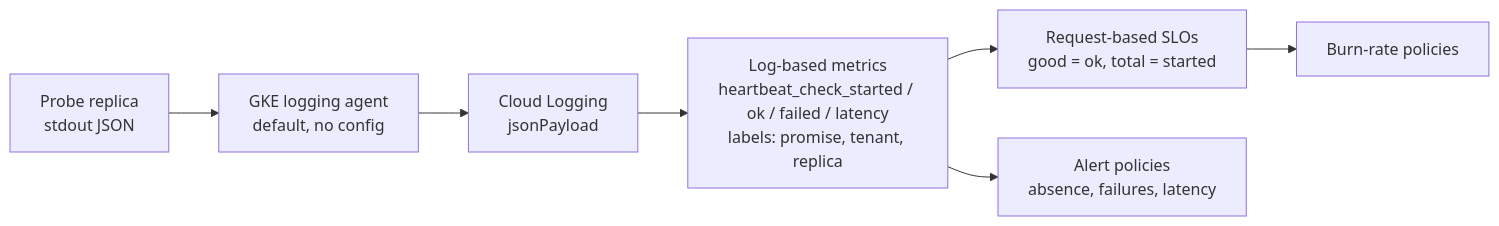
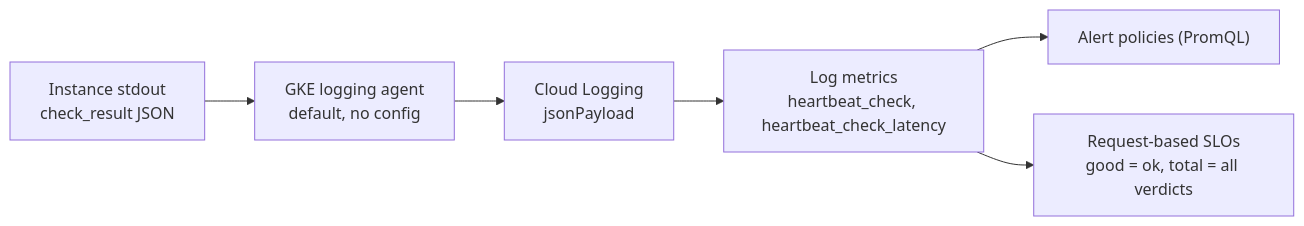
Before and after one commit to ileoliao/agent-repo: the sixth of 6 diagrams in heartbeat-probe/README.md, drawn with Mermaid. The commit also changed other lines of this file and 13 other files, not shown here.

````diff
--- a/heartbeat-probe/README.md
+++ b/heartbeat-probe/README.md
@@ -169,9 +159,8 @@
 ```mermaid
 flowchart LR
-  P["Probe replica<br/>stdout JSON"] --> A["GKE logging agent<br/>default, no config"]
+  P["Instance stdout<br/>check_result JSON"] --> A["GKE logging agent<br/>default, no config"]
   A --> CL["Cloud Logging<br/>jsonPayload"]
-  CL --> LM["Log-based metrics<br/>heartbeat_check_started / ok / failed / latency<br/>labels: promise, tenant, replica"]
-  LM --> SLO["Request-based SLOs<br/>good = ok, total = started"]
-  LM --> POL["Alert policies<br/>absence, failures, latency"]
-  SLO --> BURN["Burn-rate policies"]
+  CL --> LM["Log metrics<br/>heartbeat_check, heartbeat_check_latency"]
+  LM --> POL["Alert policies (PromQL)"]
+  LM --> SLO["Request-based SLOs<br/>good = ok, total = all verdicts"]
 ```
````
